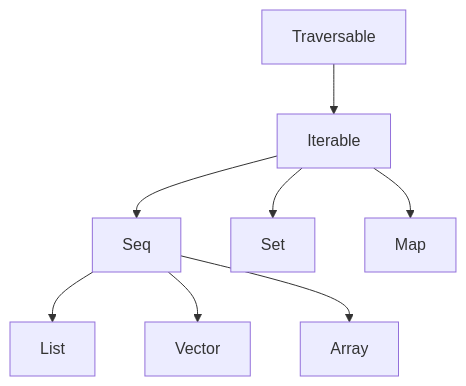
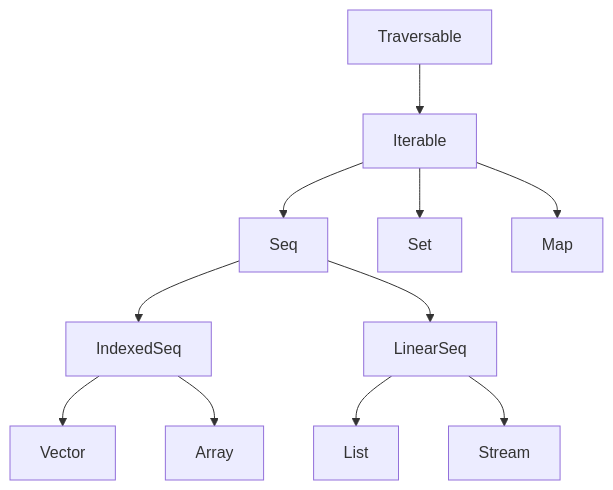
The diagram in mermaid/marp/courses/apache-spark-with-scala/00_scala_refresher.md/1.mmd (veltzer/teaching-slides), drawn with Mermaid before and after one commit. The commit also changed 18 other files, not shown here.

```diff
--- a/mermaid/marp/courses/apache-spark-with-scala/00_scala_refresher.md/1.mmd
+++ b/mermaid/marp/courses/apache-spark-with-scala/00_scala_refresher.md/1.mmd
@@ -1,8 +1,11 @@
 graph TD
     Traversable --> Iterable
     Iterable --> Seq
     Iterable --> Set
     Iterable --> Map
-    Seq --> List
-    Seq --> Vector
-    Seq --> Array
+    Seq --> IndexedSeq
+    Seq --> LinearSeq
+    IndexedSeq --> Vector
+    IndexedSeq --> Array
+    LinearSeq --> List
+    LinearSeq --> Stream
```
